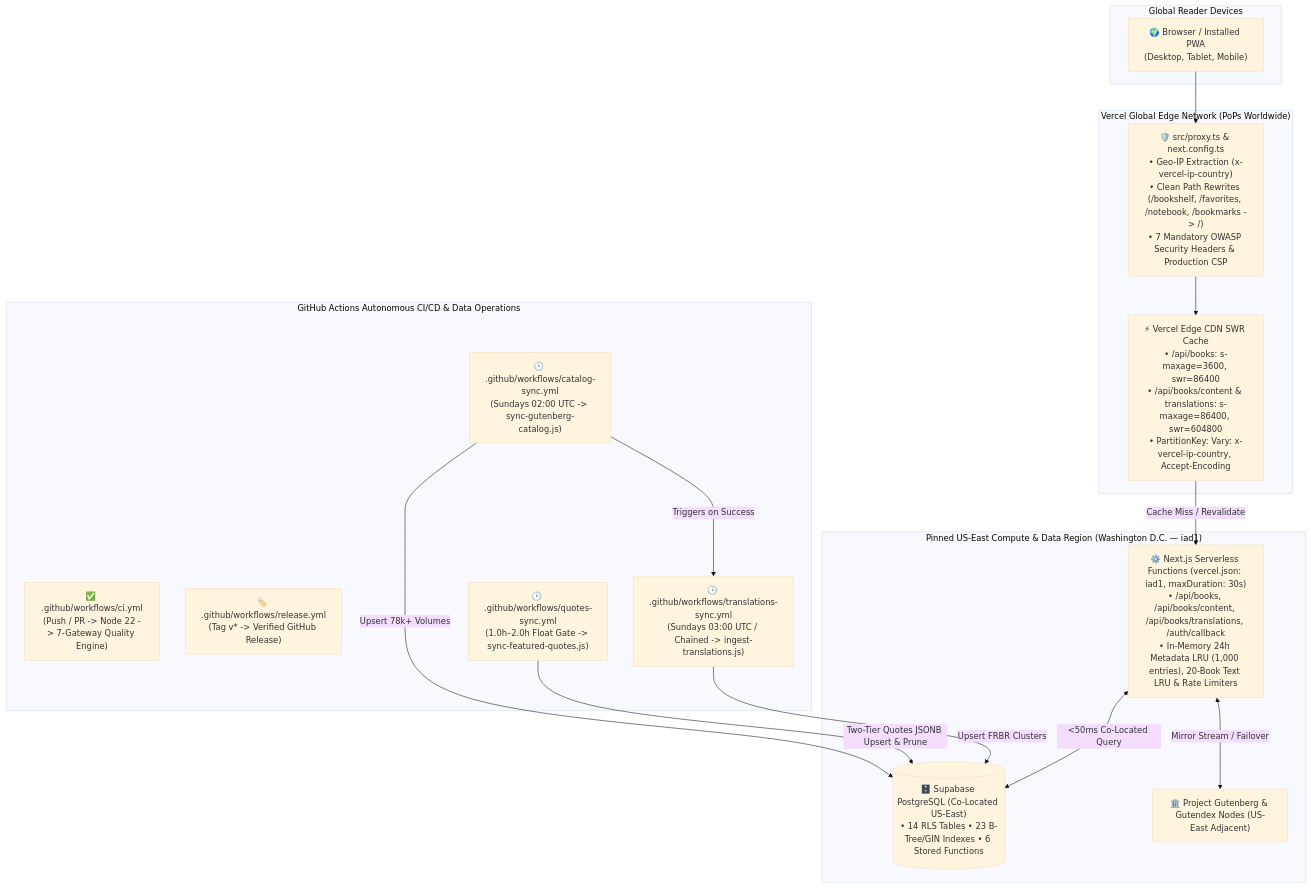
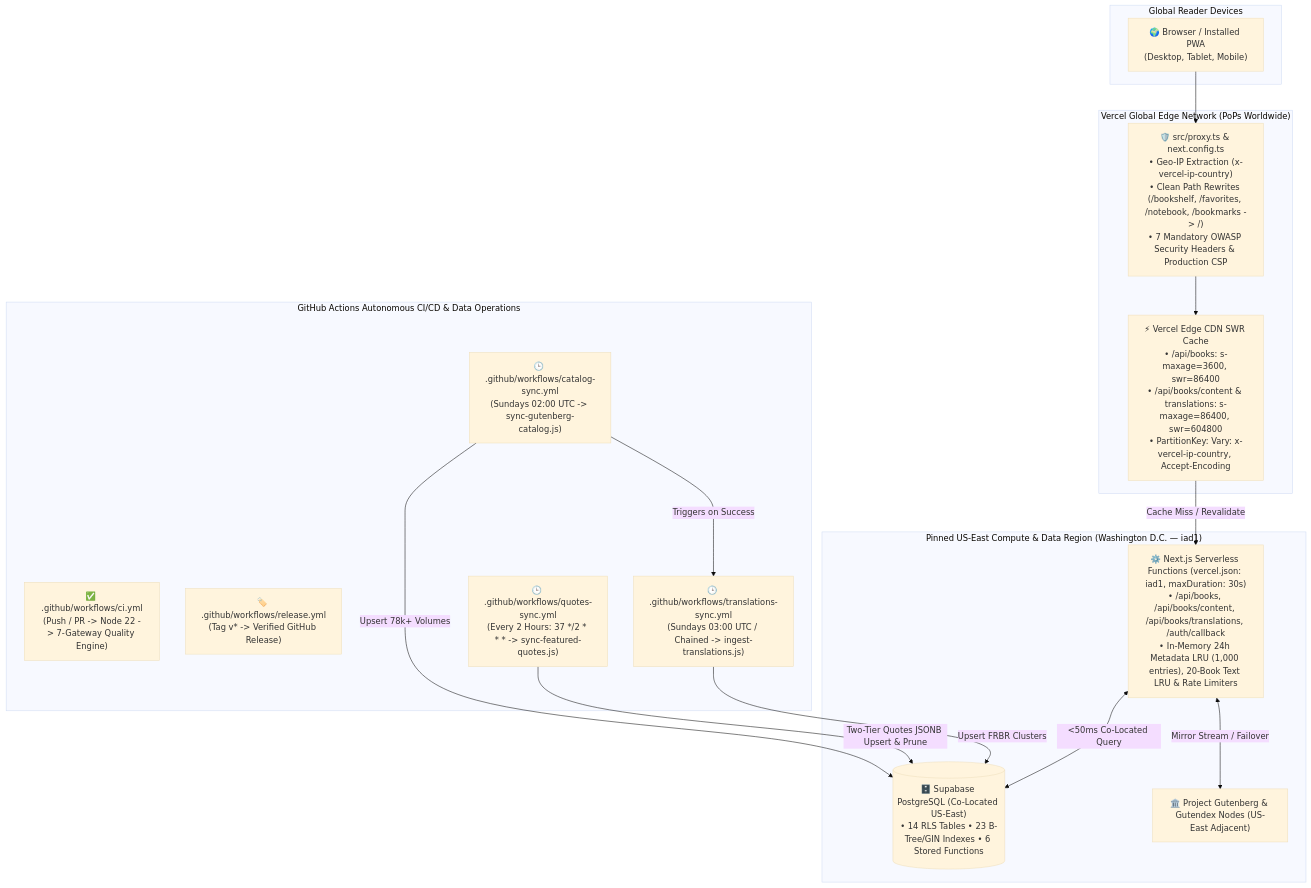
One commit to calin-m/Bookarium changed diagram 12 of 12 in docs/ARCHITECTURE.md. Above: the diagram before and after it, drawn with Mermaid (base theme). The commit also changed other lines of this file and 37 other files, not shown here.

````diff
--- a/docs/ARCHITECTURE.md
+++ b/docs/ARCHITECTURE.md
@@ -1553,35 +1553,35 @@
 ```mermaid
 flowchart TD
     subgraph GlobalClients ["Global Reader Devices"]
         Client["🌍 Browser / Installed PWA\n(Desktop, Tablet, Mobile)"]
     end
 
     subgraph VercelEdgeNetwork ["Vercel Global Edge Network (PoPs Worldwide)"]
         EdgeProxy["🛡️ src/proxy.ts & next.config.ts\n• Geo-IP Extraction (x-vercel-ip-country)\n• Clean Path Rewrites (/bookshelf, /favorites, /notebook, /bookmarks -> /)\n• 7 Mandatory OWASP Security Headers & Production CSP"]
         EdgeCDN["⚡ Vercel Edge CDN SWR Cache\n• /api/books: s-maxage=3600, swr=86400\n• /api/books/content & translations: s-maxage=86400, swr=604800\n• PartitionKey: Vary: x-vercel-ip-country, Accept-Encoding"]
     end
 
     subgraph USCompute ["Pinned US-East Compute & Data Region (Washington D.C. — iad1)"]
         Serverless["⚙️ Next.js Serverless Functions (vercel.json: iad1, maxDuration: 30s)\n• /api/books, /api/books/content, /api/books/translations, /auth/callback\n• In-Memory 24h Metadata LRU (1,000 entries), 20-Book Text LRU & Rate Limiters"]
         SupabaseUS[("🗄️ Supabase PostgreSQL (Co-Located US-East)\n• 14 RLS Tables • 23 B-Tree/GIN Indexes • 6 Stored Functions")]
         GutenbergUS["🏛️ Project Gutenberg & Gutendex Nodes (US-East Adjacent)"]
     end
 
     subgraph GitHubOps ["GitHub Actions Autonomous CI/CD & Data Operations"]
         CIWorkflow["✅ .github/workflows/ci.yml\n(Push / PR -> Node 22 -> 7-Gateway Quality Engine)"]
         ReleaseWorkflow["🏷️ .github/workflows/release.yml\n(Tag v* -> Verified GitHub Release)"]
         CatalogCron["🕒 .github/workflows/catalog-sync.yml\n(Sundays 02:00 UTC -> sync-gutenberg-catalog.js)"]
         TransCron["🕒 .github/workflows/translations-sync.yml\n(Sundays 03:00 UTC / Chained -> ingest-translations.js)"]
-        QuotesCron["🕒 .github/workflows/quotes-sync.yml\n(1.0h–2.0h Float Gate -> sync-featured-quotes.js)"]
+        QuotesCron["🕒 .github/workflows/quotes-sync.yml\n(Every 2 Hours: 37 */2 * * * -> sync-featured-quotes.js)"]
     end
 
     Client --> EdgeProxy
     EdgeProxy --> EdgeCDN
     EdgeCDN -->|"Cache Miss / Revalidate"| Serverless
     Serverless <-->|"<50ms Co-Located Query"| SupabaseUS
     Serverless <-->|"Mirror Stream / Failover"| GutenbergUS
     CatalogCron -->|"Upsert 78k+ Volumes"| SupabaseUS
     CatalogCron -->|"Triggers on Success"| TransCron
     TransCron -->|"Upsert FRBR Clusters"| SupabaseUS
     QuotesCron -->|"Two-Tier Quotes JSONB Upsert & Prune"| SupabaseUS
 ```
````
